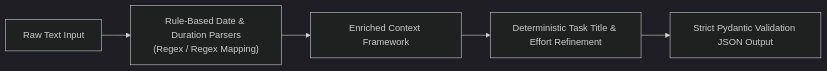
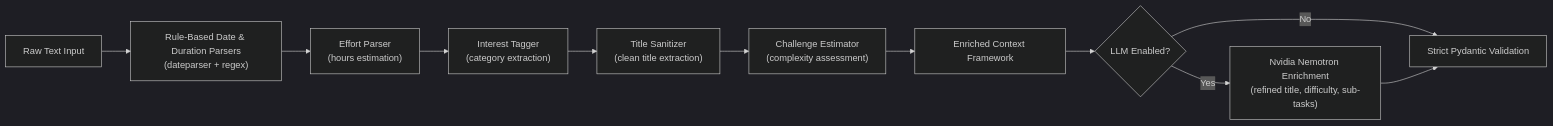
One commit to MostafaAI10/Dopa_Pal changed the seventh of 7 diagrams in README.md. Above: the diagram before and after it, drawn with Mermaid (dark theme). The commit also changed other lines of this file and 25 other files, not shown here.

````diff
--- a/README.md
+++ b/README.md
@@ -247,7 +437,13 @@
 ```mermaid
 flowchart LR
-    Input["Raw Text Input"] --> DateParser["Rule-Based Date & Duration Parsers<br/>(Regex / Regex Mapping)"]
-    DateParser --> Context["Enriched Context Framework"]
-    Context --> Sanitizer["Deterministic Task Title & Effort Refinement"]
-    Sanitizer --> Schema["Strict Pydantic Validation JSON Output"]
+    Input["Raw Text Input"] --> DateParser["Rule-Based Date & Duration Parsers<br/>(dateparser + regex)"]
+    DateParser --> Effort["Effort Parser<br/>(hours estimation)"]
+    Effort --> Interest["Interest Tagger<br/>(category extraction)"]
+    Interest --> Title["Title Sanitizer<br/>(clean title extraction)"]
+    Title --> Challenge["Challenge Estimator<br/>(complexity assessment)"]
+    Challenge --> Context["Enriched Context Framework"]
+    Context --> LLMCheck{LLM Enabled?}
+    LLMCheck -- Yes --> LLM["Nvidia Nemotron Enrichment<br/>(refined title, difficulty, sub-tasks)"]
+    LLMCheck -- No --> Schema["Strict Pydantic Validation"]
+    LLM --> Schema
 ```
````
